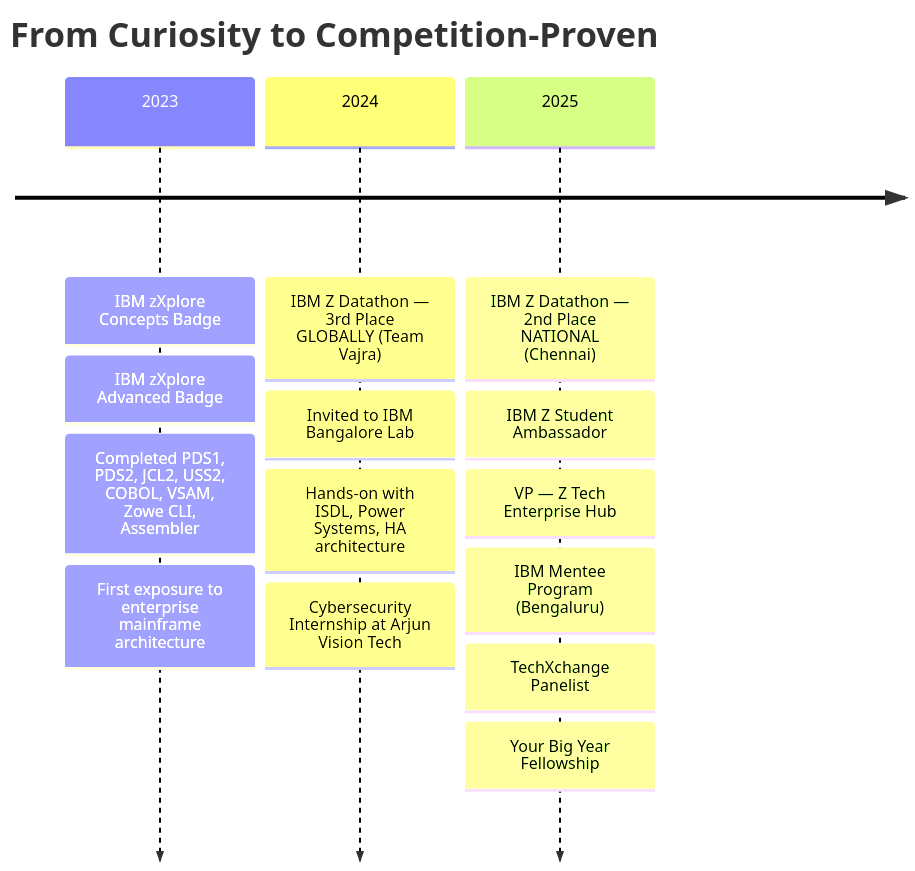
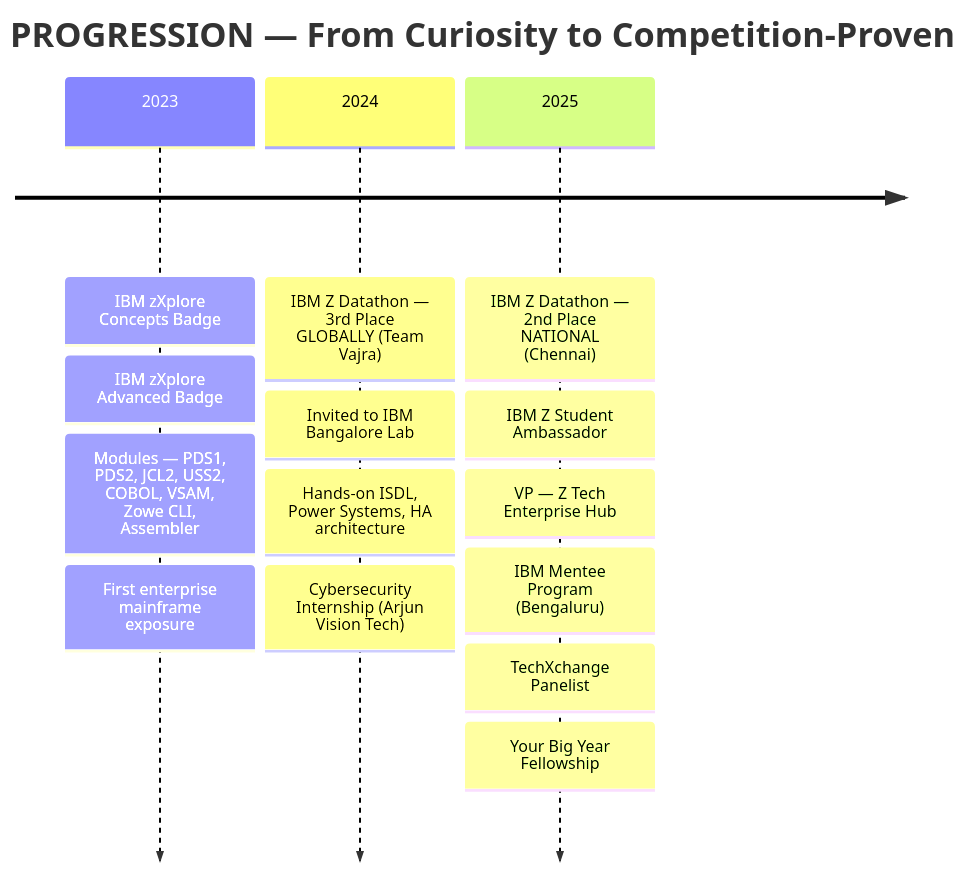
Before and after one commit to ShivrajRajasekaran/ShivrajRajasekaran: the diagram in README.md, drawn with Mermaid. The commit also changed other lines of this file and 1 other file, not shown here.

````diff
--- a/README.md
+++ b/README.md
@@ -225,18 +320,18 @@
 ```mermaid
 timeline
-    title From Curiosity to Competition-Proven
+    title PROGRESSION — From Curiosity to Competition-Proven
     2023 : IBM zXplore Concepts Badge
          : IBM zXplore Advanced Badge
-         : Completed PDS1, PDS2, JCL2, USS2, COBOL, VSAM, Zowe CLI, Assembler
-         : First exposure to enterprise mainframe architecture
+         : Modules — PDS1, PDS2, JCL2, USS2, COBOL, VSAM, Zowe CLI, Assembler
+         : First enterprise mainframe exposure
     2024 : IBM Z Datathon — 3rd Place GLOBALLY (Team Vajra)
          : Invited to IBM Bangalore Lab
-         : Hands-on with ISDL, Power Systems, HA architecture
-         : Cybersecurity Internship at Arjun Vision Tech
+         : Hands-on ISDL, Power Systems, HA architecture
+         : Cybersecurity Internship (Arjun Vision Tech)
     2025 : IBM Z Datathon — 2nd Place NATIONAL (Chennai)
          : IBM Z Student Ambassador
          : VP — Z Tech Enterprise Hub
          : IBM Mentee Program (Bengaluru)
          : TechXchange Panelist
          : Your Big Year Fellowship
 ```
````
